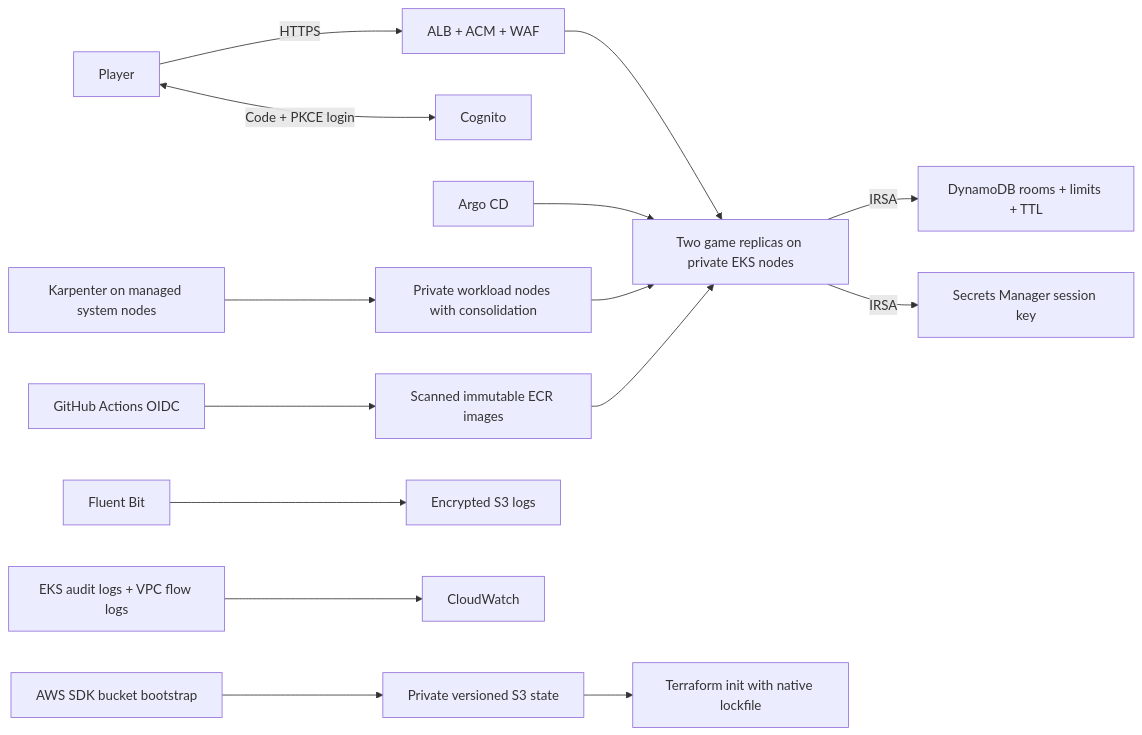
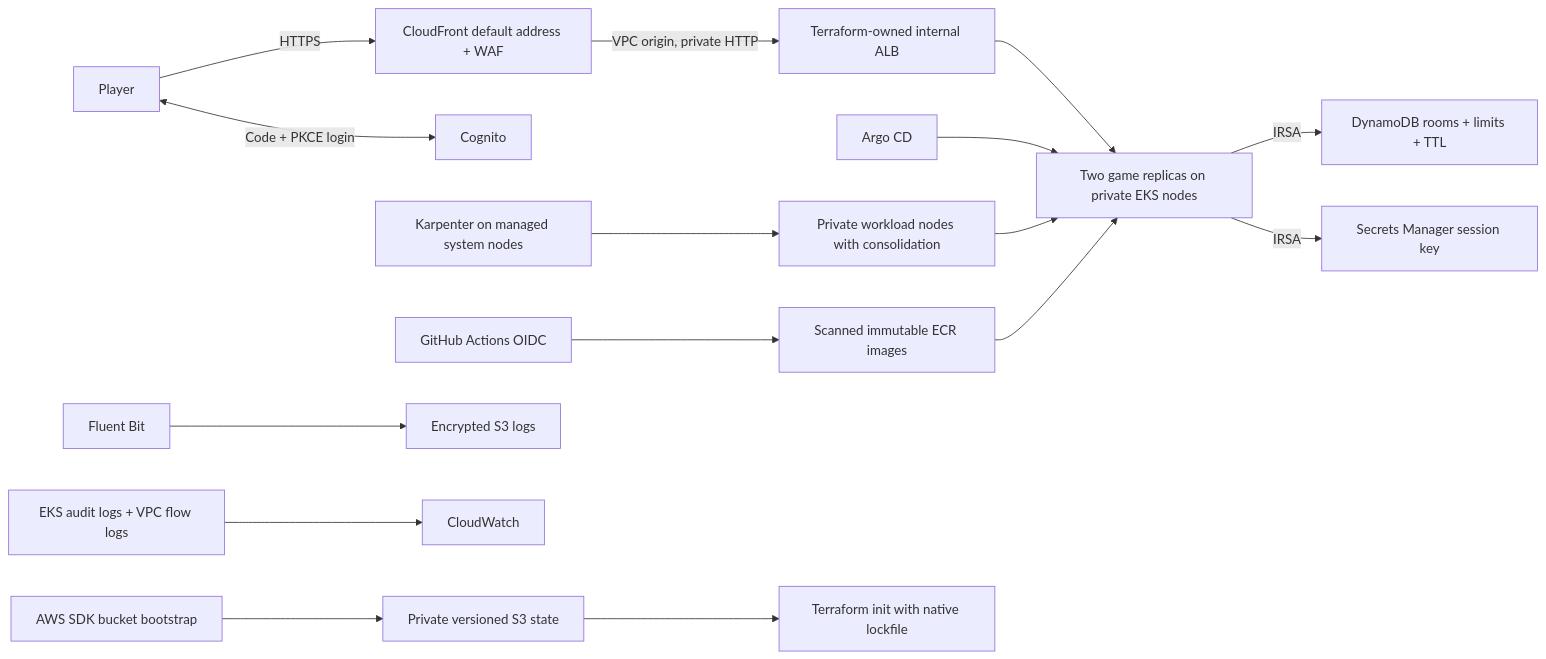
Before and after one commit to vipinkumar1234/aws-eks-production-platform: the diagram in docs/architecture.md, drawn with Mermaid. The commit also changed other lines of this file and 38 other files, not shown here.

````diff
--- a/docs/architecture.md
+++ b/docs/architecture.md
@@ -3,17 +3,18 @@
 ```mermaid
 flowchart LR
-  Player -->|HTTPS| ALB[ALB + ACM + WAF]
+  Player -->|HTTPS| Edge[CloudFront default address + WAF]
+  Edge -->|VPC origin, private HTTP| ALB[Terraform-owned internal ALB]
   ALB --> Game[Two game replicas on private EKS nodes]
   Player <-->|Code + PKCE login| Cognito
   Game -->|IRSA| DynamoDB[DynamoDB rooms + limits + TTL]
   Game -->|IRSA| Secrets[Secrets Manager session key]
   GitHub[GitHub Actions OIDC] --> ECR[Scanned immutable ECR images]
   Argo[Argo CD] --> Game
   Karpenter[Karpenter on managed system nodes] --> Workload[Private workload nodes with consolidation]
   Workload --> Game
   ECR --> Game
   Logs[Fluent Bit] --> S3Logs[Encrypted S3 logs]
   EKS[EKS audit logs + VPC flow logs] --> CloudWatch
   Bootstrap[AWS SDK bucket bootstrap] --> State[Private versioned S3 state]
   State --> Init[Terraform init with native lockfile]
 ```
````
